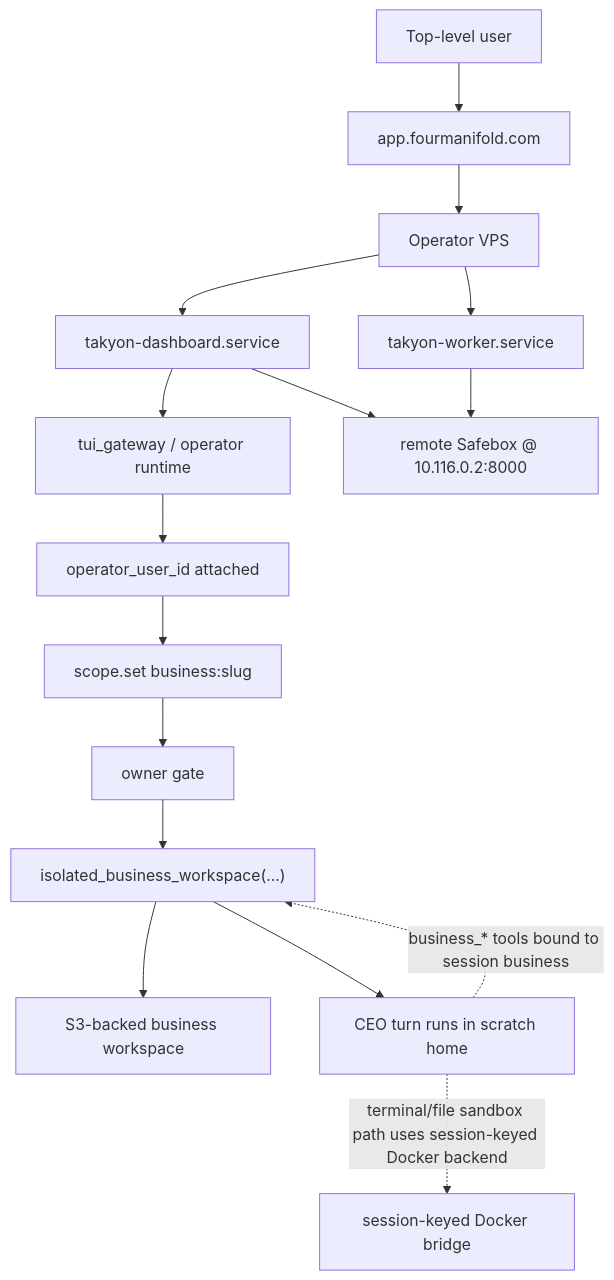
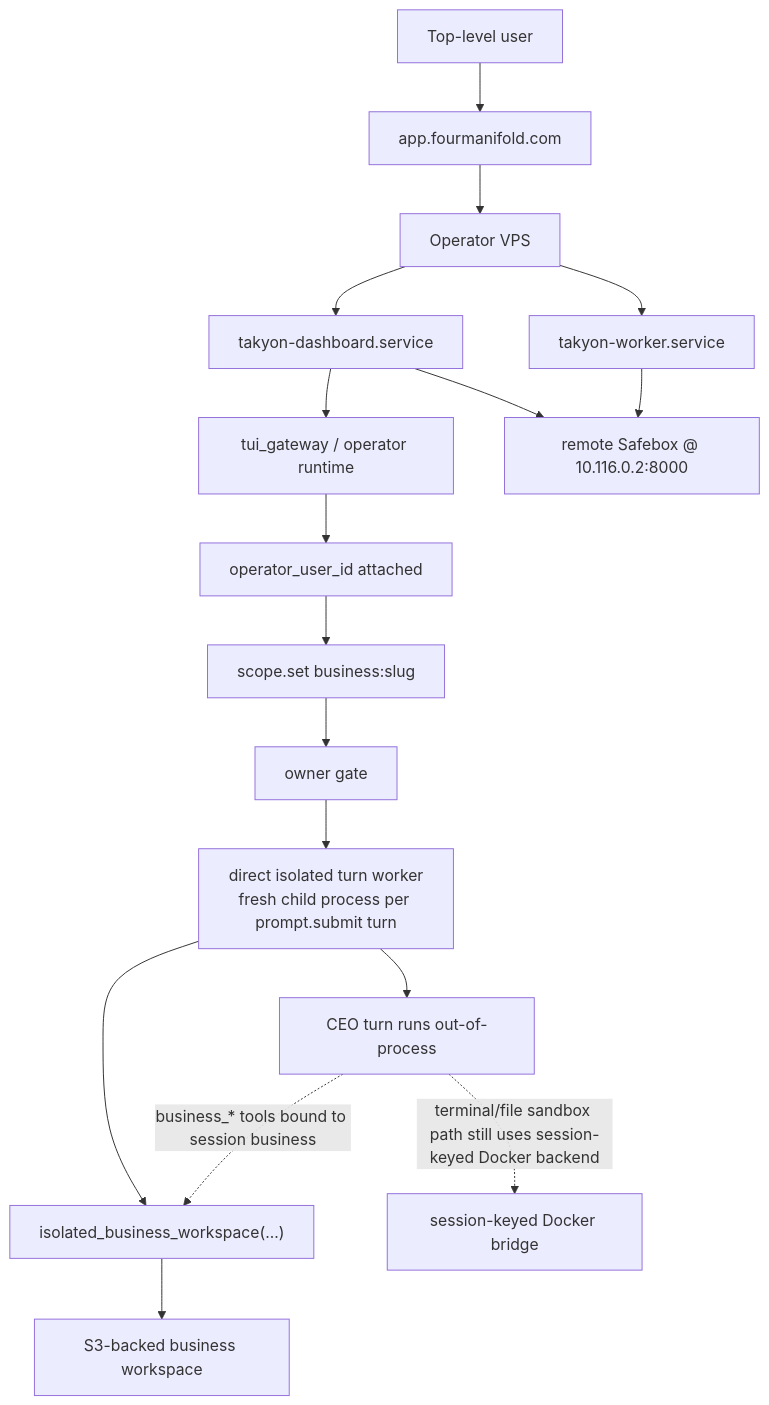
One commit to zhuangjoshua/meta-rl-loop changed the first of 4 diagrams in SAFETY_PLAN.md. Above: the diagram before and after it, drawn with Mermaid. The commit also changed other lines of this file and 3 other files, not shown here.

Commit message:
Isolate operator CEO turns into child runners

````diff
--- a/SAFETY_PLAN.md
+++ b/SAFETY_PLAN.md
@@ -347,18 +352,19 @@
 ```mermaid
 flowchart TD
     TU["Top-level user"] --> OWEB["app.fourmanifold.com"]
     OWEB --> OVPS["Operator VPS"]
     OVPS --> OAPP["takyon-dashboard.service"]
     OVPS --> OWORK["takyon-worker.service"]
     OAPP --> TG["tui_gateway / operator runtime"]
     TG --> OID["operator_user_id attached"]
     OID --> SCOPE["scope.set business:slug"]
     SCOPE --> OWNER["owner gate"]
-    OWNER --> ISO["isolated_business_workspace(...)"]
+    OWNER --> TURN["direct isolated turn worker<br/>fresh child process per prompt.submit turn"]
+    TURN --> ISO["isolated_business_workspace(...)"]
     ISO --> S3["S3-backed business workspace"]
-    ISO --> CEO["CEO turn runs in scratch home"]
+    TURN --> CEO["CEO turn runs out-of-process"]
     OAPP --> SAFE["remote Safebox @ 10.116.0.2:8000"]
     OWORK --> SAFE
     CEO -. "business_* tools bound to session business" .-> ISO
-    CEO -. "terminal/file sandbox path uses session-keyed Docker backend" .-> DOCKER["session-keyed Docker bridge"]
+    CEO -. "terminal/file sandbox path still uses session-keyed Docker backend" .-> DOCKER["session-keyed Docker bridge"]
 ```
````
